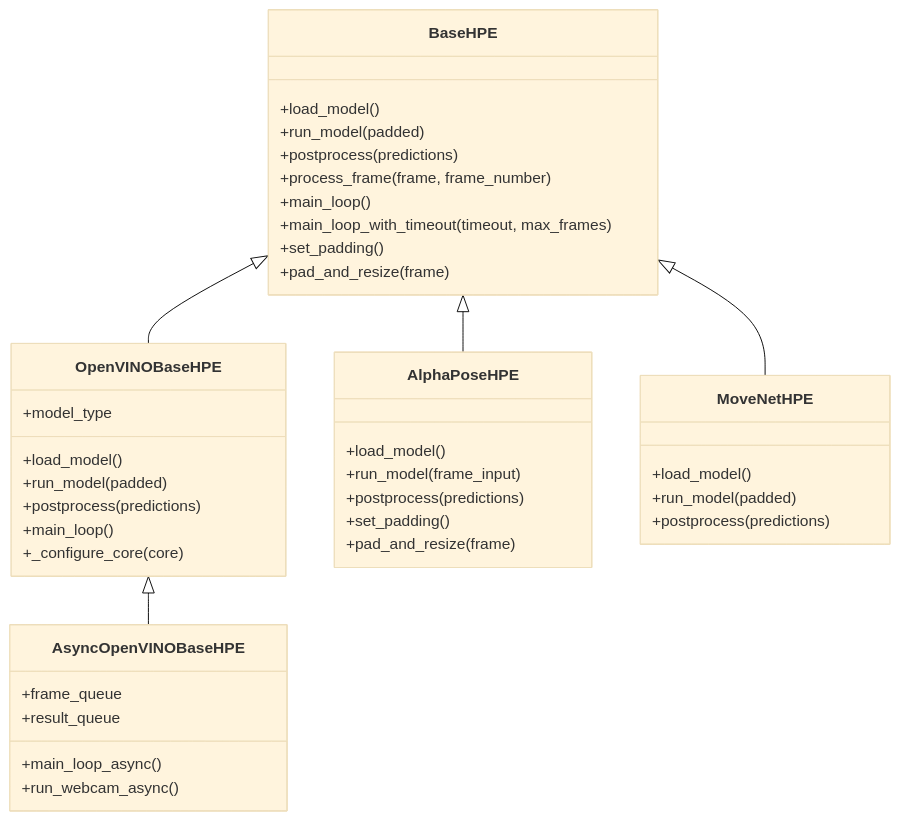
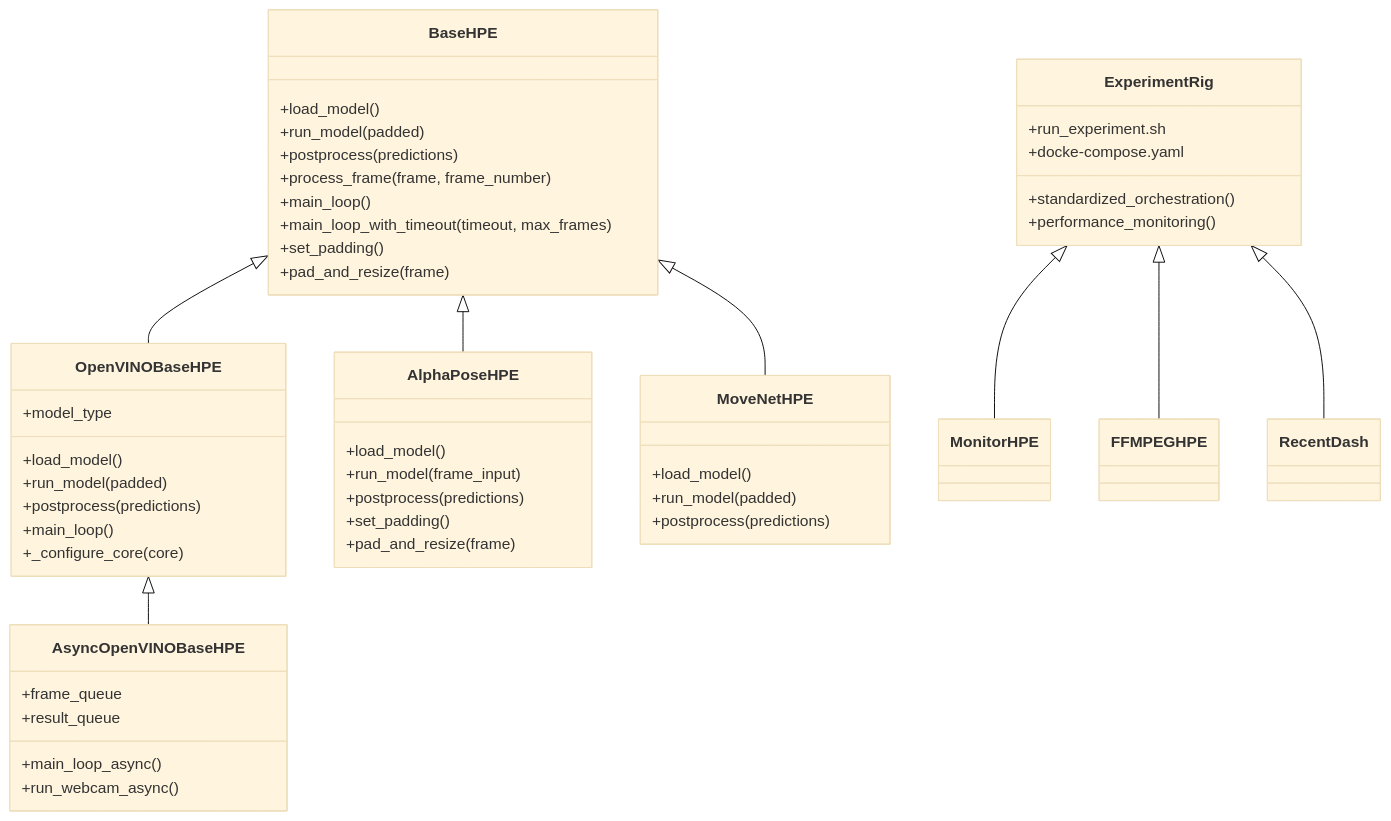
The second of 4 diagrams in .qoder/repowiki/en/content/Contributing Guidelines.md (Fogus-Gr/MeasurementsDTs), drawn with Mermaid (base theme) before and after one commit. The commit also changed other lines of this file and 8 other files, not shown here.

````diff
--- a/.qoder/repowiki/en/content/Contributing Guidelines.md
+++ b/.qoder/repowiki/en/content/Contributing Guidelines.md
@@ -89,43 +122,52 @@
 ```mermaid
 classDiagram
 class BaseHPE {
 +load_model()
 +run_model(padded)
 +postprocess(predictions)
 +process_frame(frame, frame_number)
 +main_loop()
 +main_loop_with_timeout(timeout, max_frames)
 +set_padding()
 +pad_and_resize(frame)
 }
 class OpenVINOBaseHPE {
 +model_type
 +load_model()
 +run_model(padded)
 +postprocess(predictions)
 +main_loop()
 +_configure_core(core)
 }
 class AsyncOpenVINOBaseHPE {
 +frame_queue
 +result_queue
 +main_loop_async()
 +run_webcam_async()
 }
 class AlphaPoseHPE {
 +load_model()
 +run_model(frame_input)
 +postprocess(predictions)
 +set_padding()
 +pad_and_resize(frame)
 }
 class MoveNetHPE {
 +load_model()
 +run_model(padded)
 +postprocess(predictions)
 }
+class ExperimentRig {
++run_experiment.sh
++docke-compose.yaml
++standardized_orchestration()
++performance_monitoring()
+}
 BaseHPE <|-- OpenVINOBaseHPE
 OpenVINOBaseHPE <|-- AsyncOpenVINOBaseHPE
 BaseHPE <|-- AlphaPoseHPE
 BaseHPE <|-- MoveNetHPE
+ExperimentRig <|-- MonitorHPE
+ExperimentRig <|-- FFMPEGHPE
+ExperimentRig <|-- RecentDash
 ```
````
